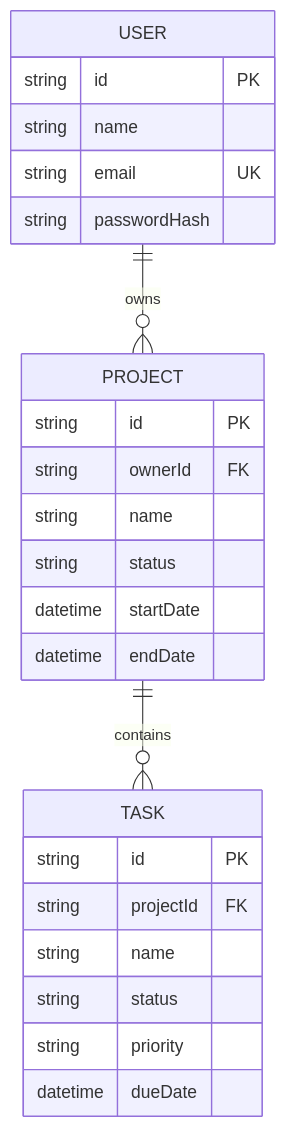
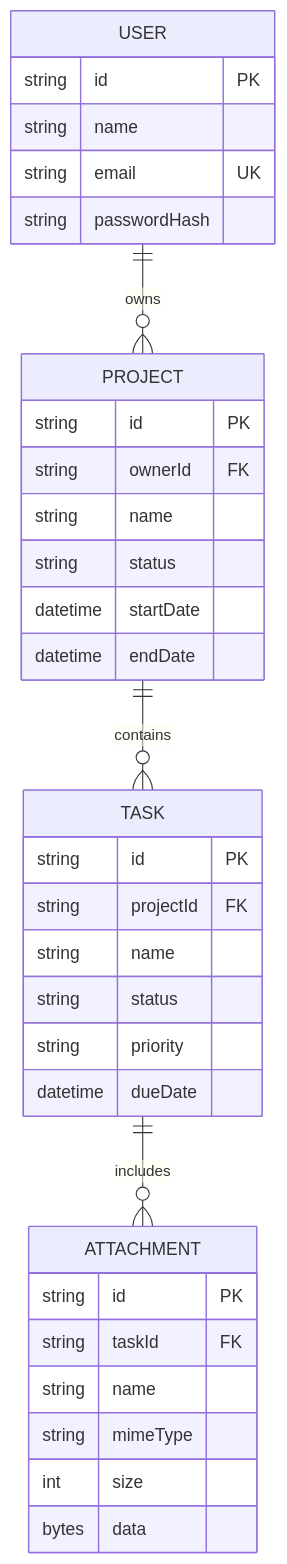
The diagram in README.md (akash0422-core/Taskflow), drawn with Mermaid before and after one commit. The commit also changed other lines of this file and 11 other files, not shown here.

````diff
--- a/README.md
+++ b/README.md
@@ -50,8 +50,10 @@
 ```mermaid
 erDiagram
   USER ||--o{ PROJECT : owns
   PROJECT ||--o{ TASK : contains
+  TASK ||--o{ ATTACHMENT : includes
   USER { string id PK string name string email UK string passwordHash }
   PROJECT { string id PK string ownerId FK string name string status datetime startDate datetime endDate }
   TASK { string id PK string projectId FK string name string status string priority datetime dueDate }
+  ATTACHMENT { string id PK string taskId FK string name string mimeType int size bytes data }
 ```
````
